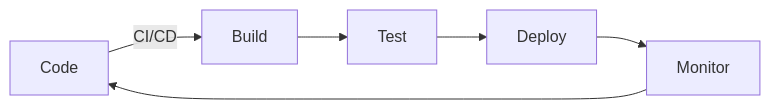
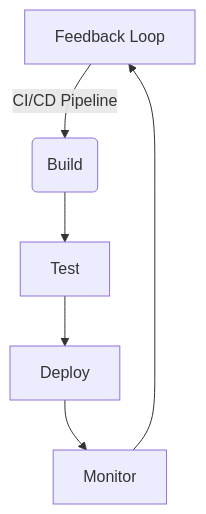
Before and after one commit to ruslanlap/ruslanlap: the diagram in README.md, drawn with Mermaid. The commit also changed other lines of this file, not shown here.

````diff
--- a/README.md
+++ b/README.md
@@ -137,8 +124,8 @@
 ```mermaid
-graph LR
-    A[Code] -->|CI/CD| B[Build]
+graph TD
+    A[Code] -->|CI/CD Pipeline| B(Build)
     B --> C[Test]
     C --> D[Deploy]
     D --> E[Monitor]
-    E --> A
+    E --> A[Feedback Loop]
 ```
````
